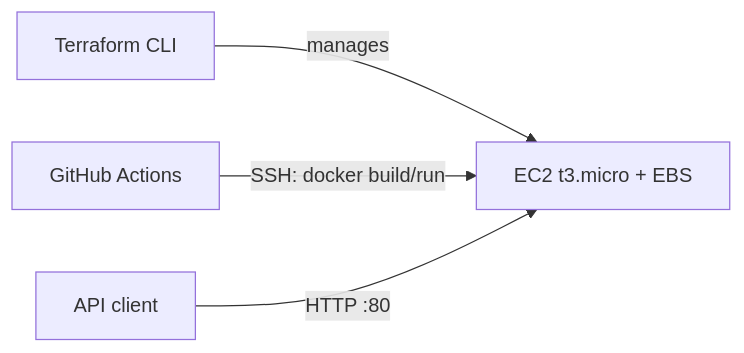
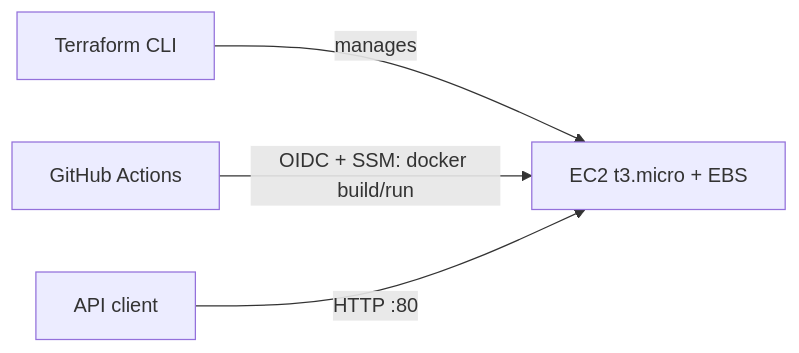
The diagram in README.md (bowl1/short-time-wind-energy-forecasting-system), drawn with Mermaid before and after one commit. The commit also changed other lines of this file and 4 other files, not shown here.

````diff
--- a/README.md
+++ b/README.md
@@ -58,6 +58,6 @@
 ```mermaid
 flowchart LR
     TF[Terraform CLI] -->|manages| EC2[EC2 t3.micro + EBS]
-    GH[GitHub Actions] -->|SSH: docker build/run| EC2
+    GH[GitHub Actions] -->|OIDC + SSM: docker build/run| EC2
     User[API client] -->|HTTP :80| EC2
 ```
````
